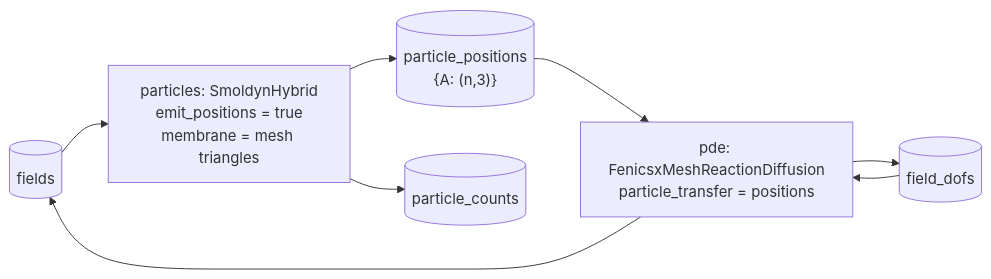
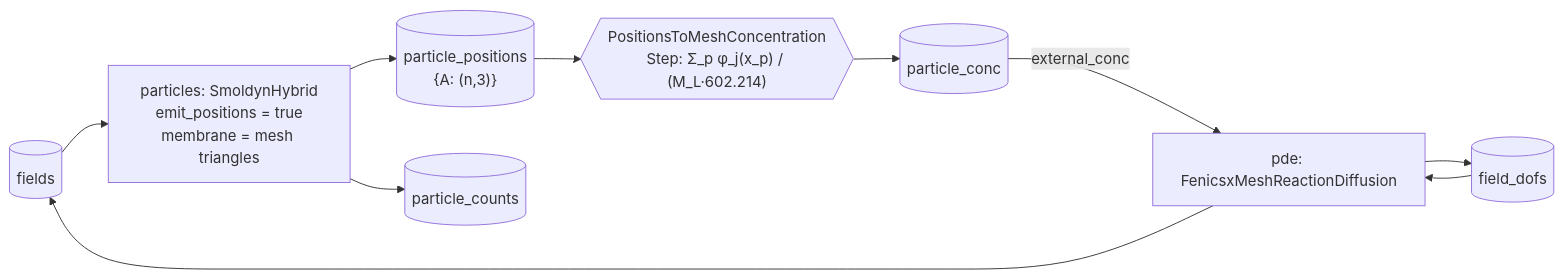
One commit to vivarium-collective/viva-pde-particle changed the fifth of 7 diagrams in docs/DESIGN.md. Above: the diagram before and after it, drawn with Mermaid. The commit also changed other lines of this file and 13 other files, not shown here.

First line of the commit message:
feat(phase7a): particle -> PDE adapters as Steps; general PDE engines

````diff
--- a/docs/DESIGN.md
+++ b/docs/DESIGN.md
@@ -499,10 +516,12 @@
 ```mermaid
 flowchart LR
   F[("fields")] --> PART["particles: SmoldynHybrid<br/>emit_positions = true<br/>membrane = mesh triangles"]
   PART --> P[("particle_positions<br/>{A: (n,3)}")]
   PART --> C[("particle_counts")]
-  P --> PDE["pde: FenicsxMeshReactionDiffusion<br/>particle_transfer = positions"]
+  P --> S{{"PositionsToMeshConcentration<br/>Step: Σ_p φ_j(x_p) / (M_L·602.214)"}}
+  S --> PC[("particle_conc")]
+  PC -- external_conc --> PDE["pde: FenicsxMeshReactionDiffusion"]
   D[("field_dofs")] --> PDE
   PDE --> D
   PDE --> F
 ```
````
